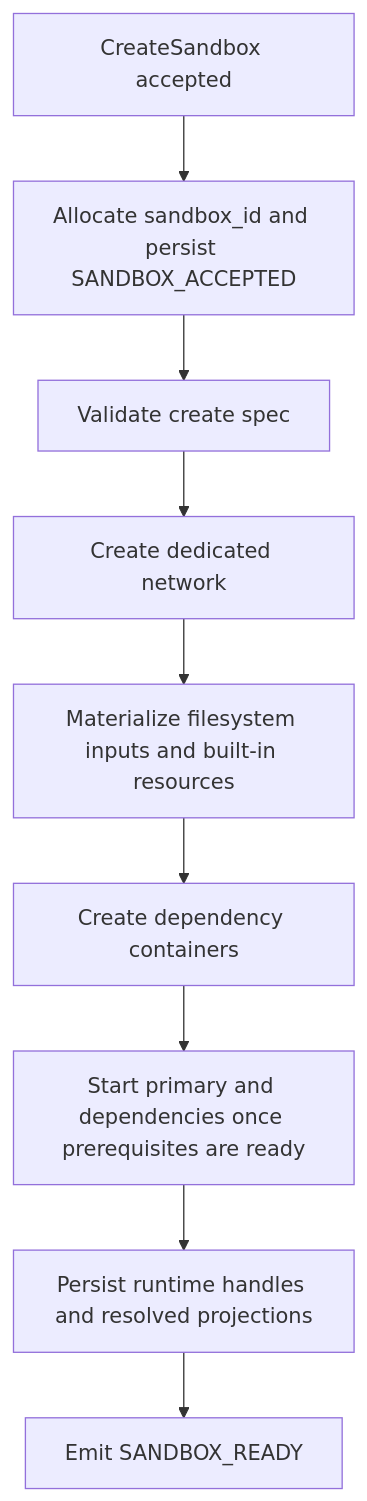
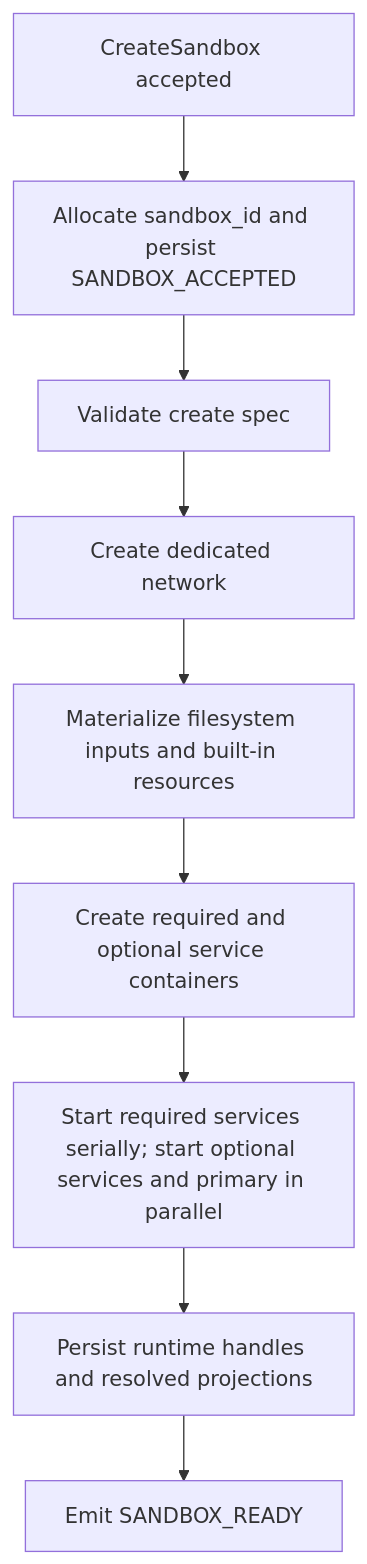
The second of 5 diagrams in docs/sandbox_container_lifecycle.md (1996fanrui/agents-sandbox), drawn with Mermaid before and after one commit. The commit also changed other lines of this file and 8 other files, not shown here.

````diff
--- a/docs/sandbox_container_lifecycle.md
+++ b/docs/sandbox_container_lifecycle.md
@@ -89,11 +90,11 @@
 ```mermaid
 flowchart TB
     A[CreateSandbox accepted] --> B[Allocate sandbox_id and persist SANDBOX_ACCEPTED]
     B --> C[Validate create spec]
     C --> D[Create dedicated network]
     D --> E[Materialize filesystem inputs and built-in resources]
-    E --> F[Create dependency containers]
-    F --> G[Start primary and dependencies once prerequisites are ready]
+    E --> F[Create required and optional service containers]
+    F --> G[Start required services serially; start optional services and primary in parallel]
     G --> H[Persist runtime handles and resolved projections]
     H --> I[Emit SANDBOX_READY]
 ```
````
